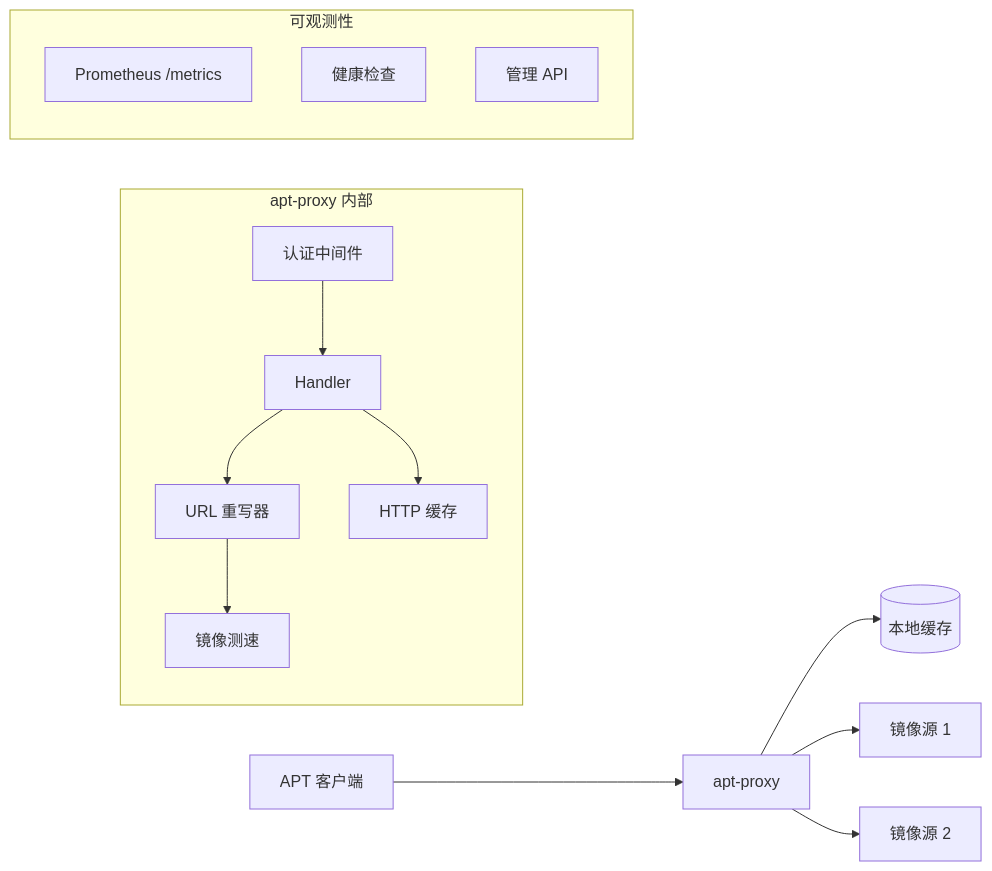
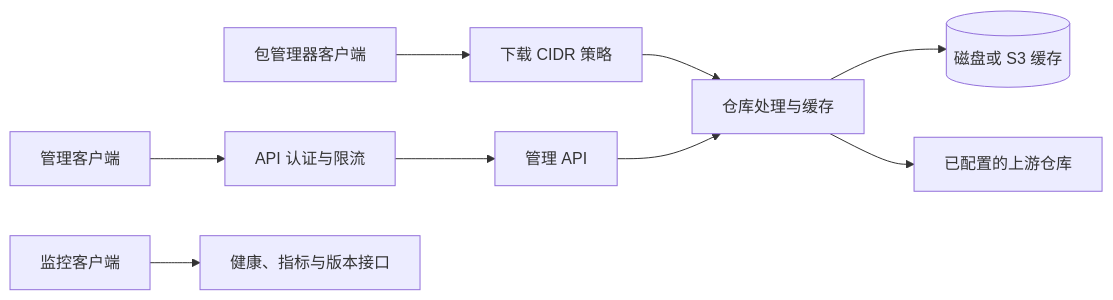
Before and after one commit to soulteary/apt-proxy: the diagram in README_CN.md, drawn with Mermaid. The commit also changed other lines of this file and 18 other files, not shown here.

````diff
--- a/README_CN.md
+++ b/README_CN.md
@@ -1254,20 +1245,11 @@
 ```mermaid
 flowchart LR
-    Client[APT 客户端] --> Proxy[apt-proxy]
-    Proxy --> Cache[(本地缓存)]
-    Proxy --> Mirror1[镜像源 1]
-    Proxy --> Mirror2[镜像源 2]
-    
-    subgraph aptproxy [apt-proxy 内部]
-        Handler[Handler] --> Rewriter[URL 重写器]
-        Rewriter --> Benchmark[镜像测速]
-        Handler --> HTTPCache[HTTP 缓存]
-        Auth[认证中间件] --> Handler
-    end
-    
-    subgraph monitoring [可观测性]
-        Metrics[Prometheus /metrics]
-        Health[健康检查]
-        API[管理 API]
-    end
+    Client[包管理器客户端] --> DownloadAccess[下载 CIDR 策略]
+    DownloadAccess --> Proxy[仓库处理与缓存]
+    Proxy --> Storage[(磁盘或 S3 缓存)]
+    Proxy --> Upstream[已配置的上游仓库]
+    Operator[管理客户端] --> APIAuth[API 认证与限流]
+    APIAuth --> API[管理 API]
+    API --> Proxy
+    Monitor[监控客户端] --> Metrics[健康、指标与版本接口]
 ```
````
